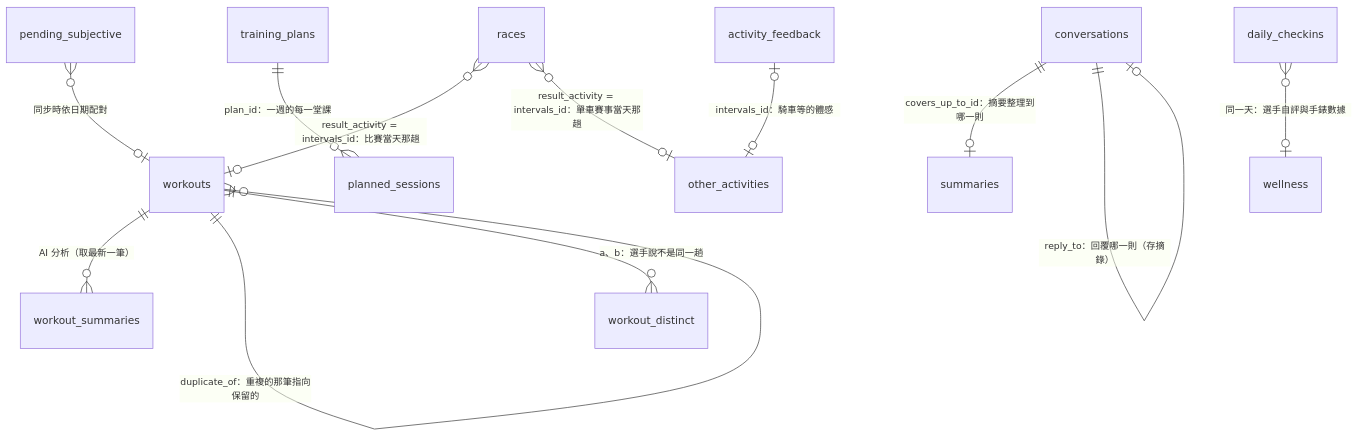
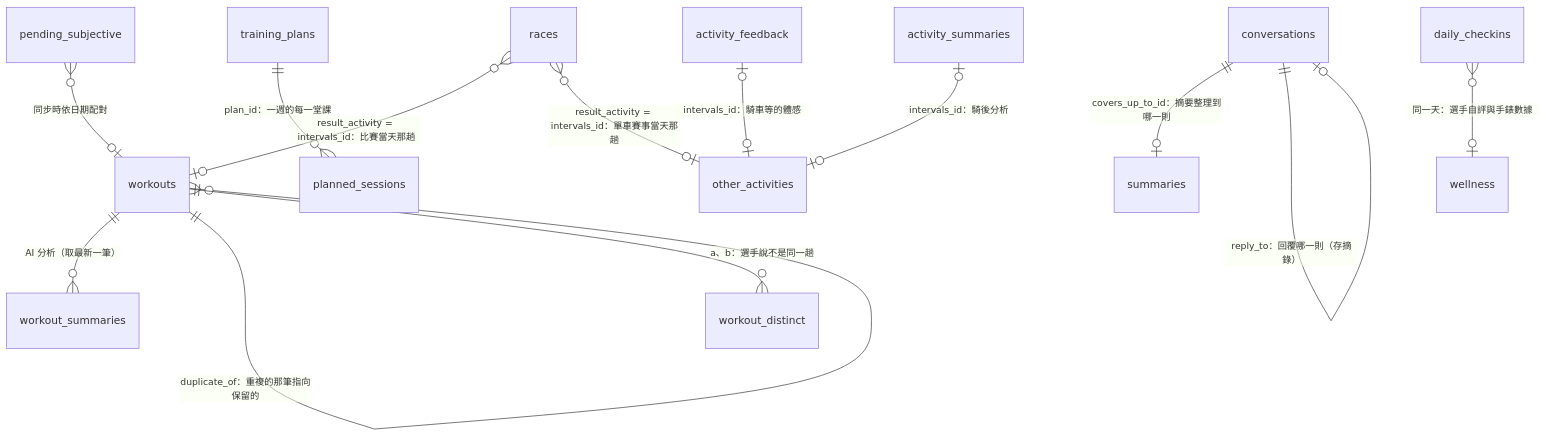
The fourth of 5 diagrams in doc/architecture.md (williampcs/RunningCoach), drawn with Mermaid before and after one commit. The commit also changed other lines of this file and 24 other files, not shown here.

First line of the commit message:
rides: post-ride AI analysis, weekly volume charts, cadence and power when present (multisport)

````diff
--- a/doc/architecture.md
+++ b/doc/architecture.md
@@ -171,14 +171,15 @@
 ```mermaid
 erDiagram
   workouts ||--o{ workout_summaries : "AI 分析（取最新一筆）"
   workouts ||--o{ workouts : "duplicate_of：重複的那筆指向保留的"
   workouts ||--o{ workout_distinct : "a、b：選手說不是同一趟"
   training_plans ||--o{ planned_sessions : "plan_id：一週的每一堂課"
   races }o--o| workouts : "result_activity = intervals_id：比賽當天那趟"
   conversations ||--o| summaries : "covers_up_to_id：摘要整理到哪一則"
   conversations ||--o| conversations : "reply_to：回覆哪一則（存摘錄）"
   pending_subjective }o--o| workouts : "同步時依日期配對"
   activity_feedback |o--o| other_activities : "intervals_id：騎車等的體感"
+  activity_summaries |o--o| other_activities : "intervals_id：騎後分析"
   races }o--o| other_activities : "result_activity = intervals_id：單車賽事當天那趟"
   daily_checkins }o--o| wellness : "同一天：選手自評與手錶數據"
 ```
````
